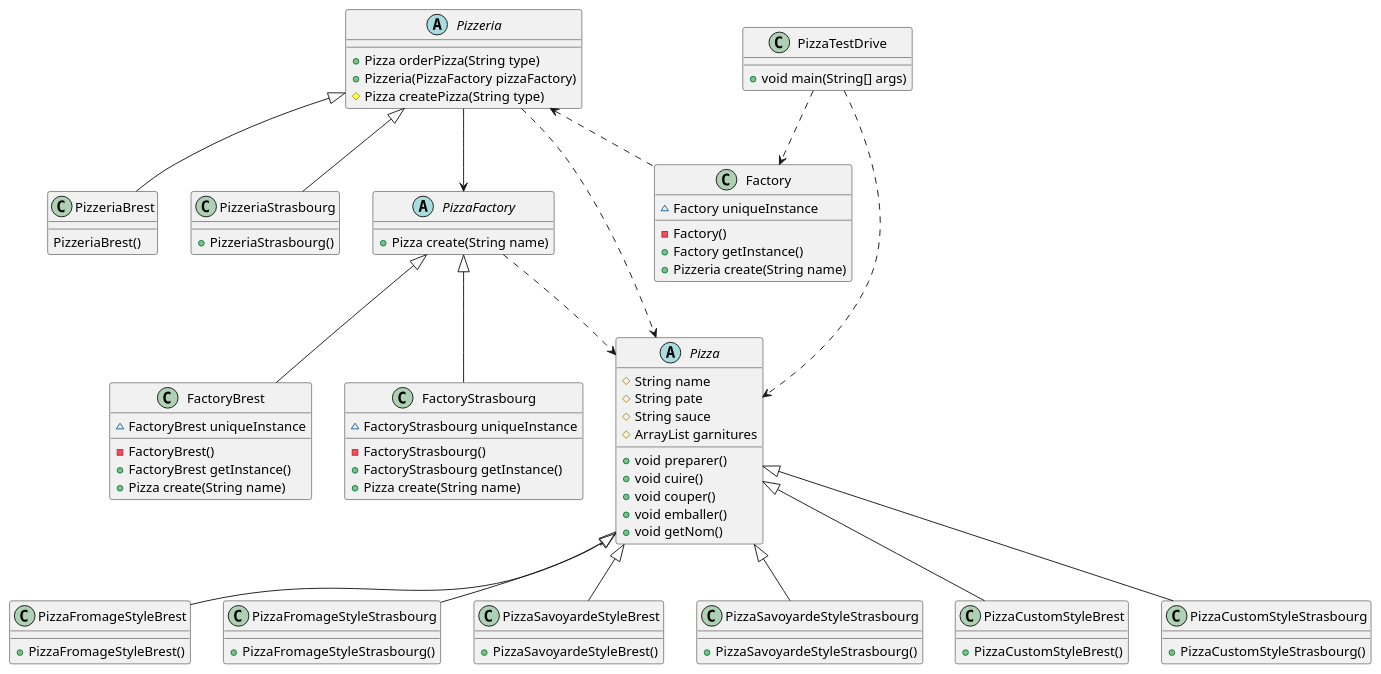
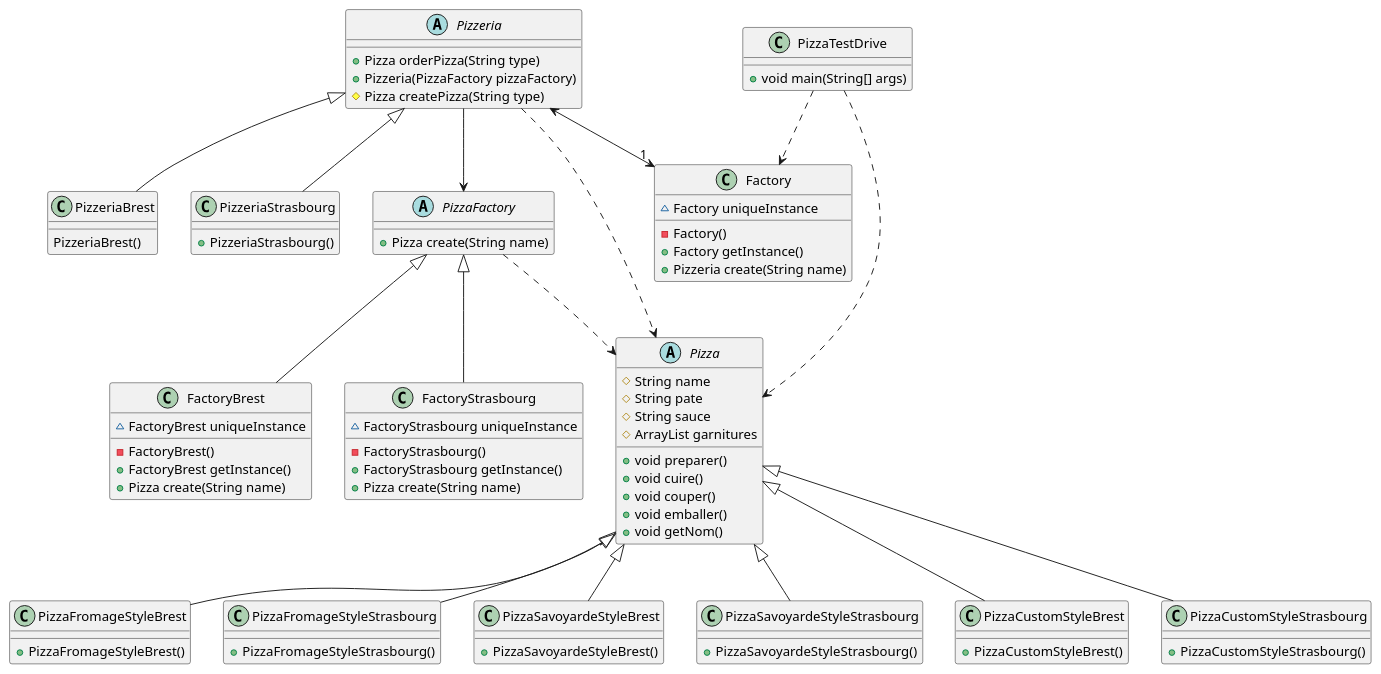
Before and after one commit to IUT-Blagnac/cpoa-tp3-auguimann: the diagram in docs/TP3.plantuml, drawn with PlantUML. The commit also changed 11 other files, not shown here.

```diff
--- a/docs/TP3.plantuml
+++ b/docs/TP3.plantuml
@@ -1,106 +1,106 @@
 @startuml
 
 ' package ""
 abstract class Pizza
 abstract class Pizzeria
 abstract class PizzaFactory
 class PizzeriaBrest
 class PizzeriaStrasbourg
 class Factory
 class FactoryBrest
 class FactoryStrasbourg
 class PizzaFromageStyleBrest
 class PizzaFromageStyleStrasbourg
 class PizzaSavoyardeStyleBrest
 class PizzaSavoyardeStyleStrasbourg
 class PizzaCustomStyleBrest
 class PizzaCustomStyleStrasbourg
 class PizzaTestDrive
 ' end package
 ''
 
 Pizza  <|-- "PizzaFromageStyleBrest"
 Pizza  <|-- "PizzaFromageStyleStrasbourg"
 Pizza  <|-- "PizzaSavoyardeStyleBrest"
 Pizza  <|-- "PizzaSavoyardeStyleStrasbourg"
 Pizza  <|-- "PizzaCustomStyleBrest"
 Pizza  <|-- "PizzaCustomStyleStrasbourg"
 Pizzeria --> PizzaFactory
 Pizzeria ..> Pizza
 Pizzeria <|-- PizzeriaBrest
 Pizzeria <|-- PizzeriaStrasbourg
-Pizzeria <.. Factory
+Pizzeria <--> "1" Factory 
 PizzaTestDrive ..> Pizza
 PizzaTestDrive ..> Factory
 PizzaFactory ..> Pizza
 PizzaFactory <|-- FactoryBrest
 PizzaFactory <|-- FactoryStrasbourg
 ' content
 ' -------
 
 ' Pizza:
 Pizza : #String name
 Pizza : #String pate 
 Pizza : #String sauce
 Pizza : #ArrayList garnitures
 Pizza : +void preparer()
 Pizza : +void cuire()
 Pizza : +void couper()
 Pizza : +void emballer()
 Pizza : +void getNom()
 
 
 ' PizzaFromageStyleStrasbourg:
 PizzaFromageStyleStrasbourg : +PizzaFromageStyleStrasbourg()
 
 ' PizzaFromageStyleBrest:
 PizzaFromageStyleBrest : +PizzaFromageStyleBrest()
 
 ' PizzaSavoyardeStyleStrasbourg:
 PizzaSavoyardeStyleStrasbourg : +PizzaSavoyardeStyleStrasbourg()
 
 ' PizzaSavoyardeStyleBrest:
 PizzaSavoyardeStyleBrest : +PizzaSavoyardeStyleBrest()
 
 ' PizzaCustomStyleStrasbourg:
 PizzaCustomStyleStrasbourg : +PizzaCustomStyleStrasbourg()
 
 ' PizzaCustomStyleBrest:
 PizzaCustomStyleBrest : +PizzaCustomStyleBrest()
 
 'PizzaTestDrive:
 PizzaTestDrive : +void main(String[] args)
 
 'Factory:
 Factory : ~Factory uniqueInstance
 Factory : -Factory()
 Factory : +Factory getInstance()
 Factory : +Pizzeria create(String name)
 
 'Pizzeria:
 Pizzeria : +Pizza orderPizza(String type)
 Pizzeria : +Pizzeria(PizzaFactory pizzaFactory)
 Pizzeria : #Pizza createPizza(String type)
 
 'PizzaFactory:
 PizzaFactory : +Pizza create(String name)
 
 'PizzeriaStrasbourg:
 PizzeriaStrasbourg : +PizzeriaStrasbourg()
 
 'PizzeriaBrest:
 PizzeriaBrest : PizzeriaBrest()
 
 'FactoryStrasbourg:
 FactoryStrasbourg : ~FactoryStrasbourg uniqueInstance
 FactoryStrasbourg : -FactoryStrasbourg()
 FactoryStrasbourg : +FactoryStrasbourg getInstance()
 FactoryStrasbourg : +Pizza create(String name)
 
 'FactoryBrest:
 FactoryBrest : ~FactoryBrest uniqueInstance
 FactoryBrest : -FactoryBrest()
 FactoryBrest : +FactoryBrest getInstance()
 FactoryBrest : +Pizza create(String name)
 
 @enduml
```
